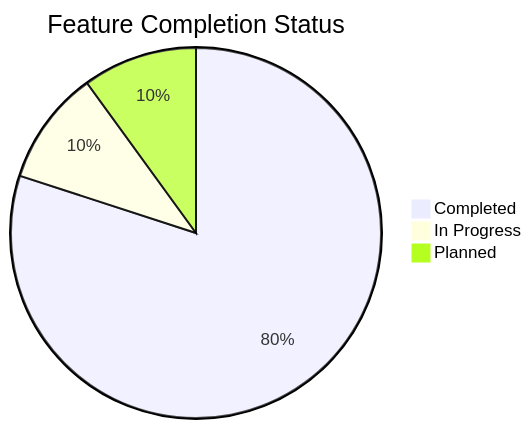
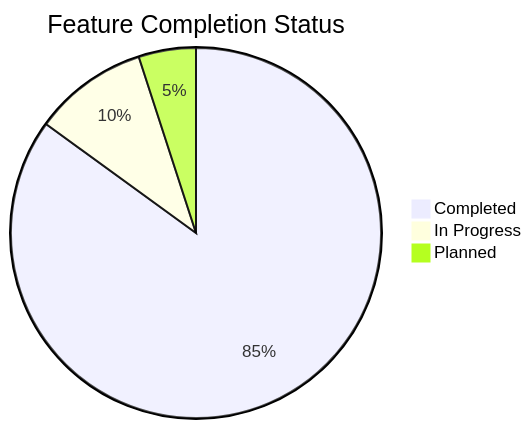
The second of 2 diagrams in docs/planning/roadmap.md (mrj0nesmtl/cloud-burst), drawn with Mermaid before and after one commit. The commit also changed other lines of this file and 92 other files, not shown here.

````diff
--- a/docs/planning/roadmap.md
+++ b/docs/planning/roadmap.md
@@ -171,6 +175,6 @@
 ```mermaid
 pie title Feature Completion Status
-    "Completed" : 80
+    "Completed" : 85
     "In Progress" : 10
-    "Planned" : 10
+    "Planned" : 5
 ```
````
